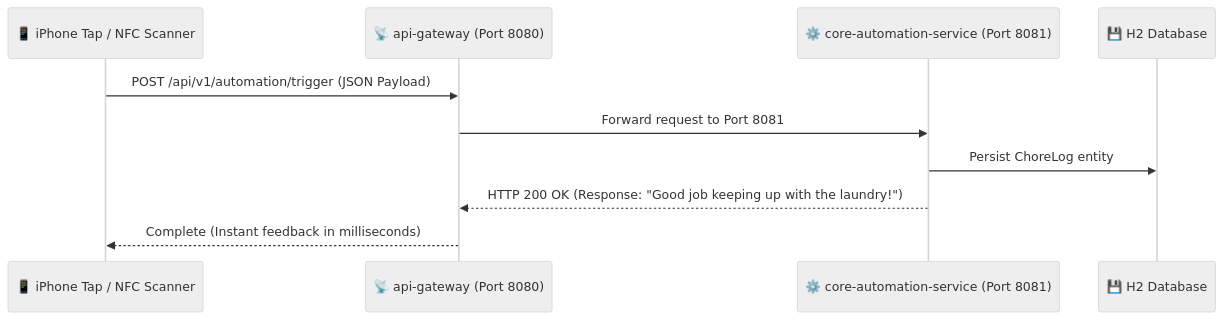
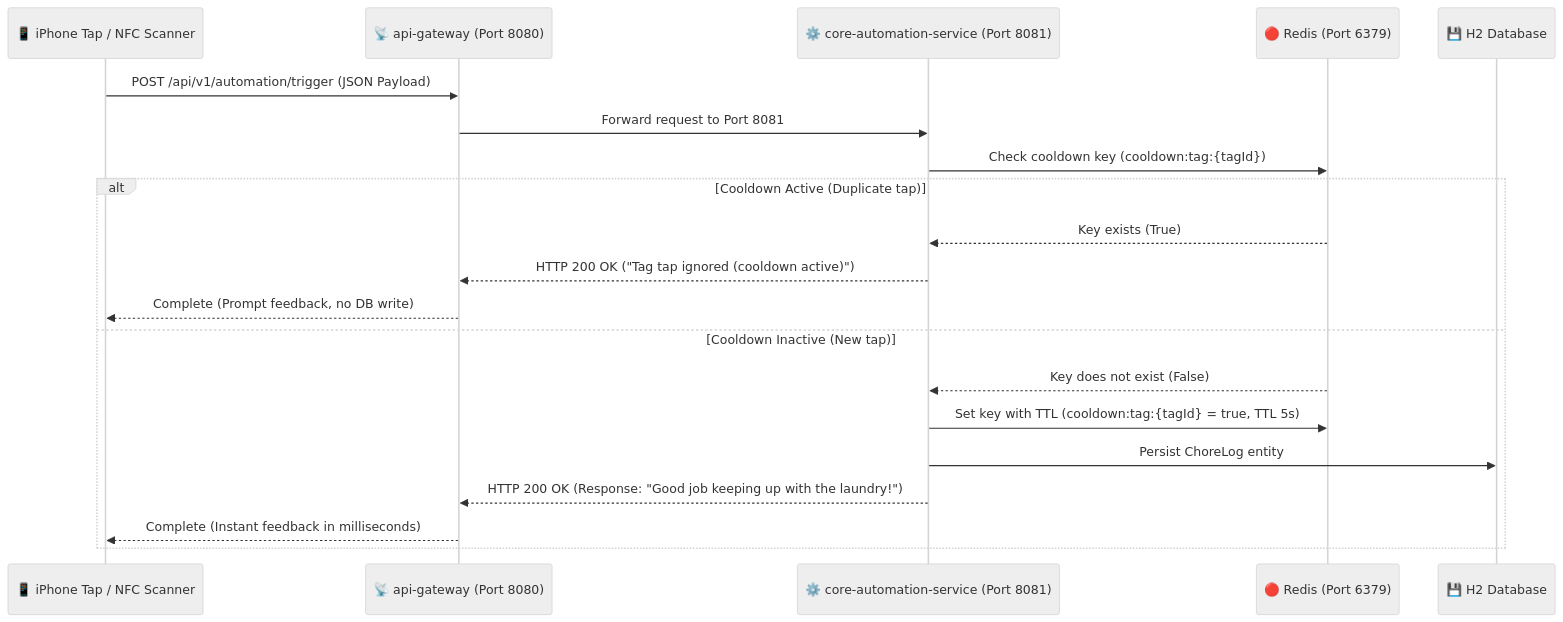
One commit to hudezz/rfid-system changed the second of 2 diagrams in README.md. Above: the diagram before and after it, drawn with Mermaid (neutral theme). The commit also changed other lines of this file, not shown here.

Commit message:
docs: update system architecture and sequence diagram with Redis caching and de-duplication

````diff
--- a/README.md
+++ b/README.md
@@ -97,13 +109,24 @@
 ```mermaid
 sequenceDiagram
     participant Tap as 📱 iPhone Tap / NFC Scanner
     participant Gateway as 📡 api-gateway (Port 8080)
     participant Core as ⚙️ core-automation-service (Port 8081)
+    participant Redis as 🔴 Redis (Port 6379)
     participant DB as 💾 H2 Database
 
     Tap->>Gateway: POST /api/v1/automation/trigger (JSON Payload)
     Gateway->>Core: Forward request to Port 8081
-    Core->>DB: Persist ChoreLog entity
-    Core-->>Gateway: HTTP 200 OK (Response: "Good job keeping up with the laundry!")
-    Gateway-->>Tap: Complete (Instant feedback in milliseconds)
+    
+    Core->>Redis: Check cooldown key (cooldown:tag:{tagId})
+    alt Cooldown Active (Duplicate tap)
+        Redis-->>Core: Key exists (True)
+        Core-->>Gateway: HTTP 200 OK ("Tag tap ignored (cooldown active)")
+        Gateway-->>Tap: Complete (Prompt feedback, no DB write)
+    else Cooldown Inactive (New tap)
+        Redis-->>Core: Key does not exist (False)
+        Core->>Redis: Set key with TTL (cooldown:tag:{tagId} = true, TTL 5s)
+        Core->>DB: Persist ChoreLog entity
+        Core-->>Gateway: HTTP 200 OK (Response: "Good job keeping up with the laundry!")
+        Gateway-->>Tap: Complete (Instant feedback in milliseconds)
+    end
 ```
````
